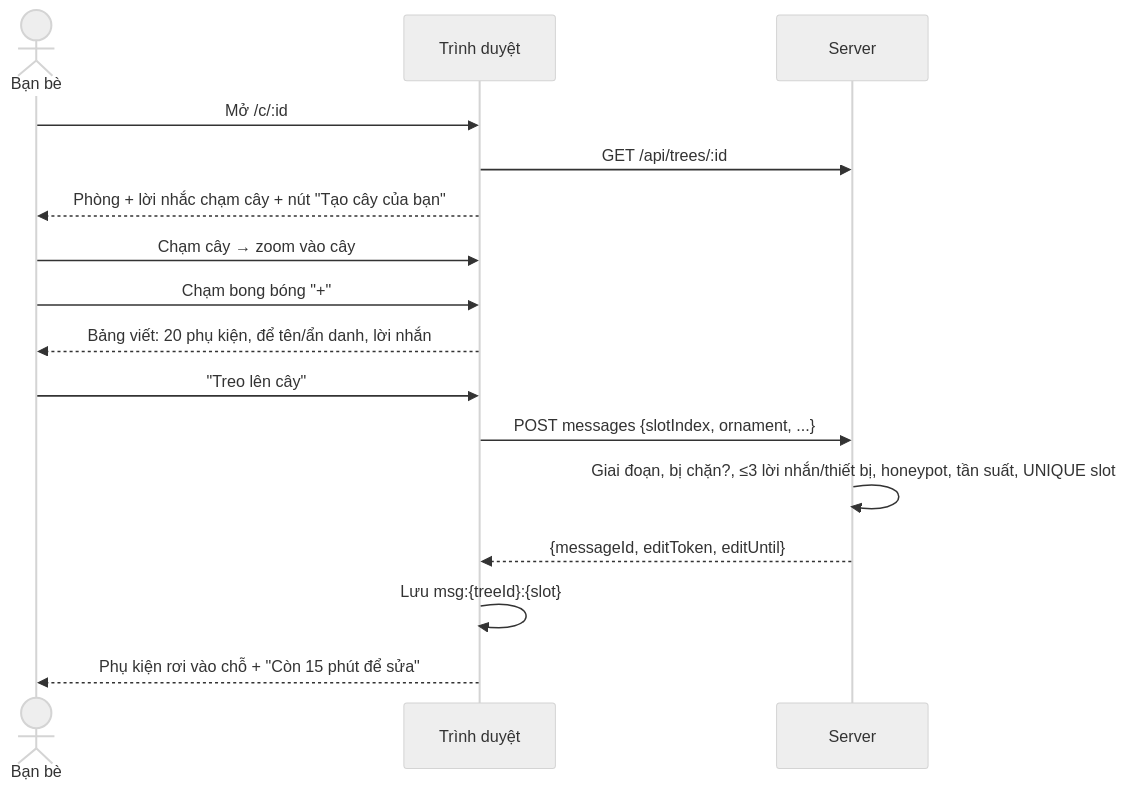
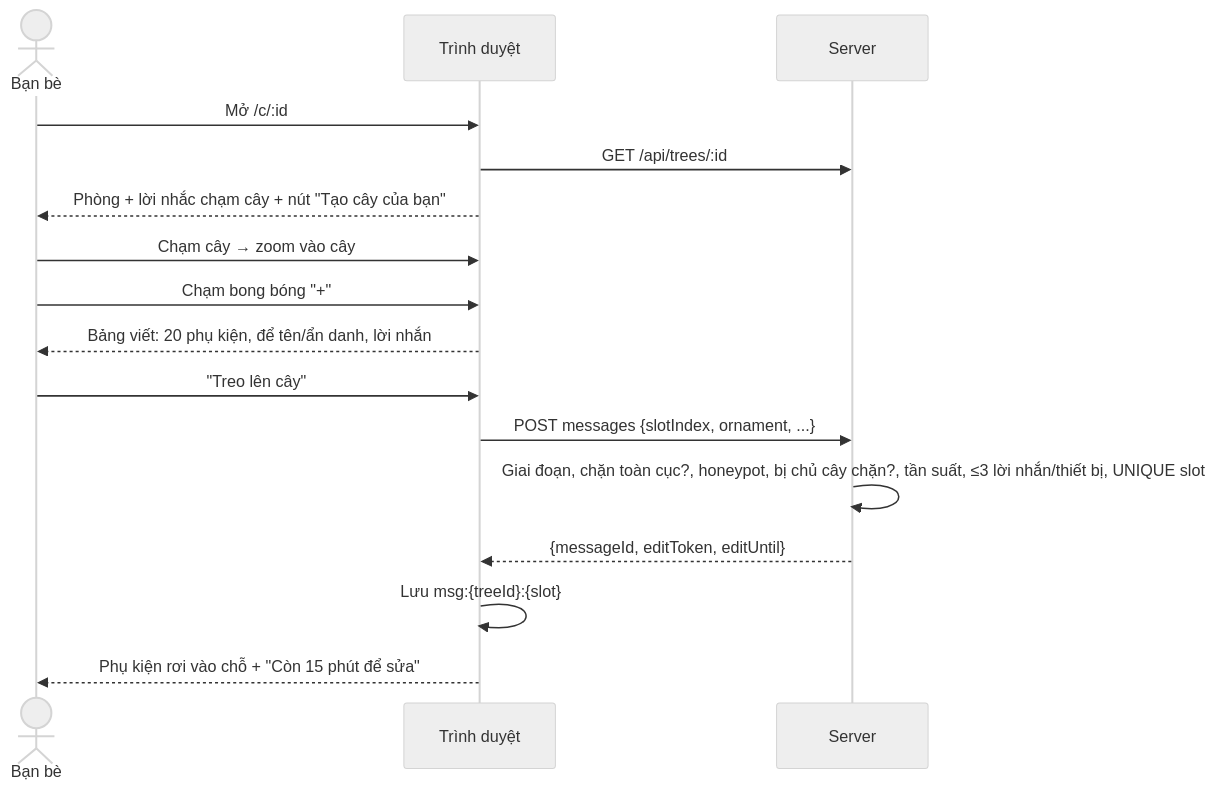
Before and after one commit to d23520229/cay-thong-loi-nhan: the fourth of 5 diagrams in docs/dac-ta-v3.md, drawn with Mermaid (neutral theme). The commit also changed other lines of this file and 21 other files, not shown here.

````diff
--- a/docs/dac-ta-v3.md
+++ b/docs/dac-ta-v3.md
@@ -848,18 +848,18 @@
 ```mermaid
 sequenceDiagram
     actor G as Bạn bè
     participant B as Trình duyệt
     participant S as Server
     G->>B: Mở /c/:id
     B->>S: GET /api/trees/:id
     B-->>G: Phòng + lời nhắc chạm cây + nút "Tạo cây của bạn"
     G->>B: Chạm cây → zoom vào cây
     G->>B: Chạm bong bóng "+"
     B-->>G: Bảng viết: 20 phụ kiện, để tên/ẩn danh, lời nhắn
     G->>B: "Treo lên cây"
     B->>S: POST messages {slotIndex, ornament, ...}
-    S->>S: Giai đoạn, bị chặn?, ≤3 lời nhắn/thiết bị, honeypot, tần suất, UNIQUE slot
+    S->>S: Giai đoạn, chặn toàn cục?, honeypot, bị chủ cây chặn?, tần suất, ≤3 lời nhắn/thiết bị, UNIQUE slot
     S-->>B: {messageId, editToken, editUntil}
     B->>B: Lưu msg:{treeId}:{slot}
     B-->>G: Phụ kiện rơi vào chỗ + "Còn 15 phút để sửa"
 ```
````
